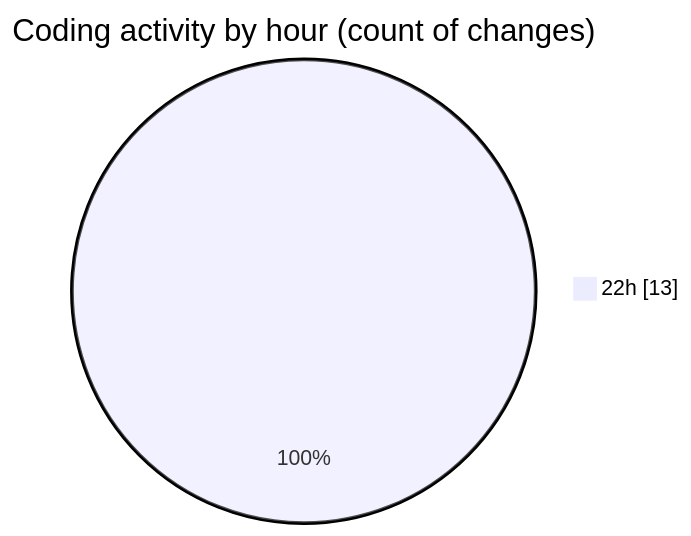
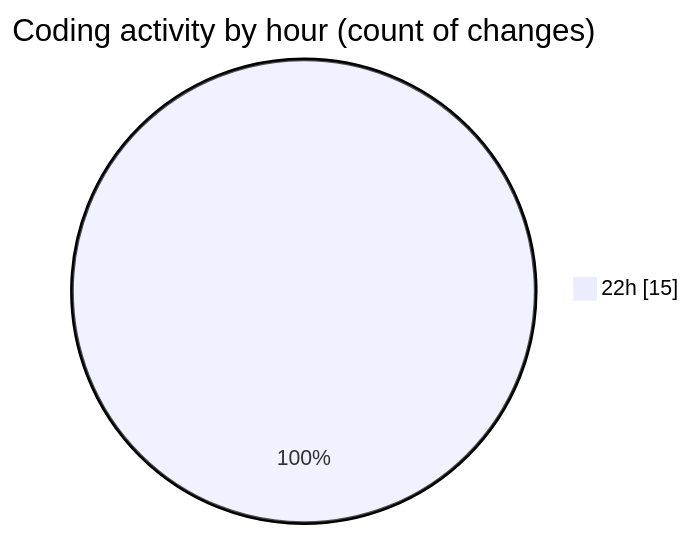
Before and after one commit to nxtqubesakshisongat/code-tracking: the second of 2 diagrams in 2025-10-23/javacript/README.md, drawn with Mermaid. The commit also changed other lines of this file and 1 other file, not shown here.

````diff
--- a/2025-10-23/javacript/README.md
+++ b/2025-10-23/javacript/README.md
@@ -28,5 +28,5 @@
 ```mermaid
 pie showData
 title Coding activity by hour (count of changes)
-"22h" : 13
+"22h" : 15
 ```
````
